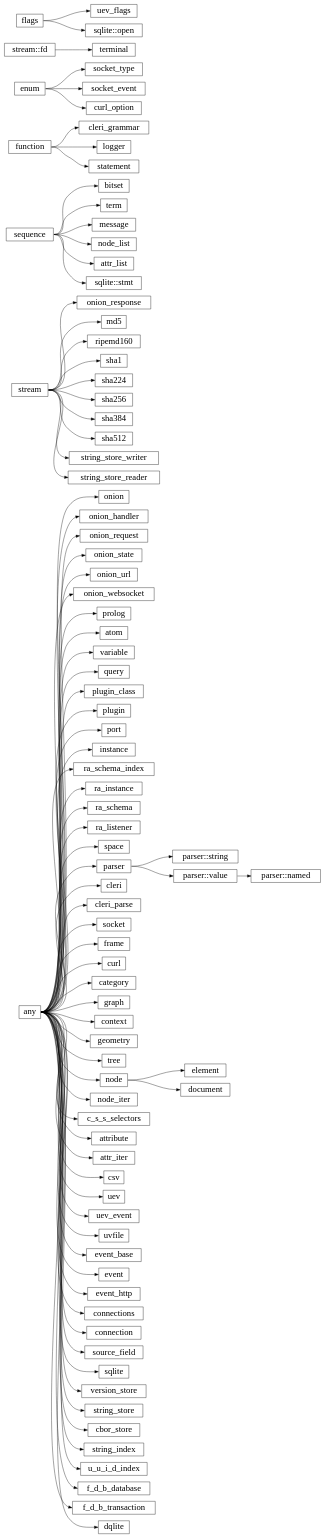
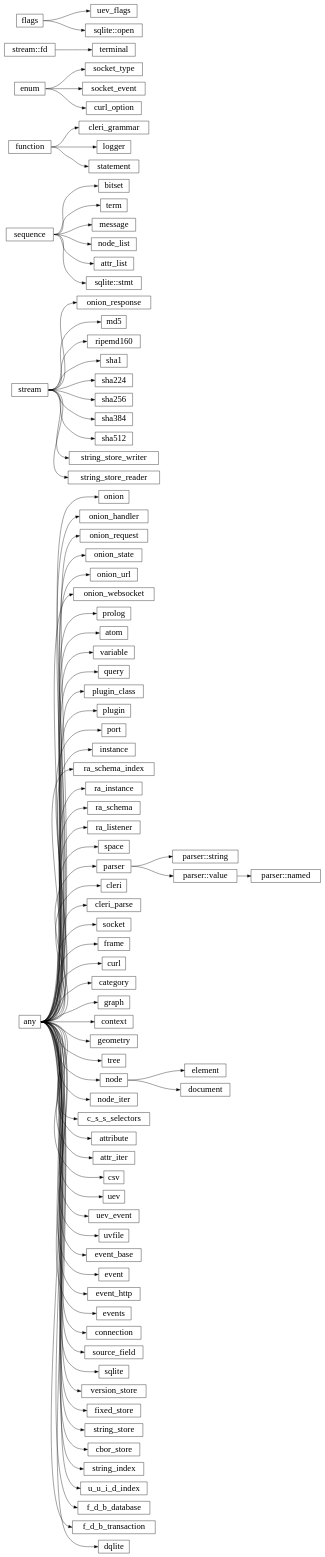
Before and after one commit to wrapl/minilang-libs: the diagram in docs/library/hierarchy.rst, drawn with Graphviz. The commit also changed 5 other files, not shown here.

```diff
--- a/docs/library/hierarchy.rst
+++ b/docs/library/hierarchy.rst
@@ -72,7 +72,7 @@
       "any":e -> "event_base":w;
       "any":e -> "event":w;
       "any":e -> "event_http":w;
-      "any":e -> "connections":w;
+      "any":e -> "events":w;
       "any":e -> "connection":w;
       "any":e -> "source_field":w;
       "stream":e -> "md5":w;
@@ -86,6 +86,7 @@
       "any":e -> "sqlite":w;
       "sequence":e -> "sqlite::stmt":w;
       "any":e -> "version_store":w;
+      "any":e -> "fixed_store":w;
       "any":e -> "string_store":w;
       "stream":e -> "string_store_writer":w;
       "stream":e -> "string_store_reader":w;
```
